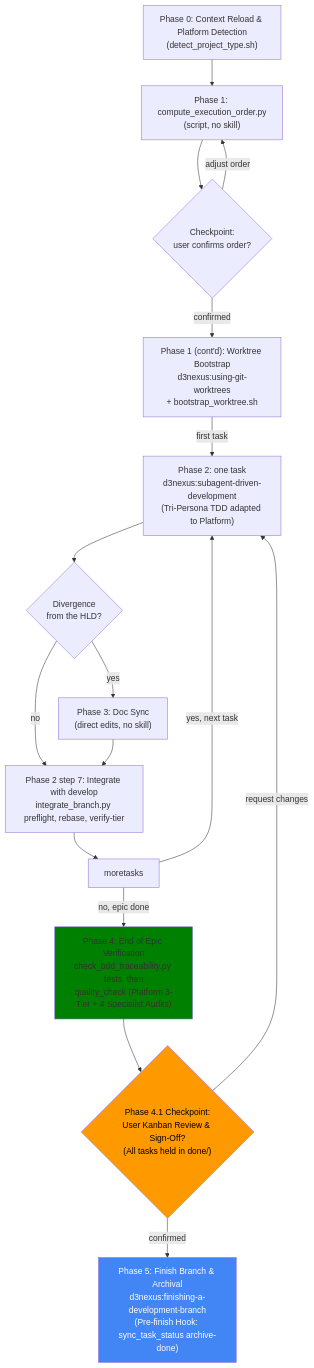
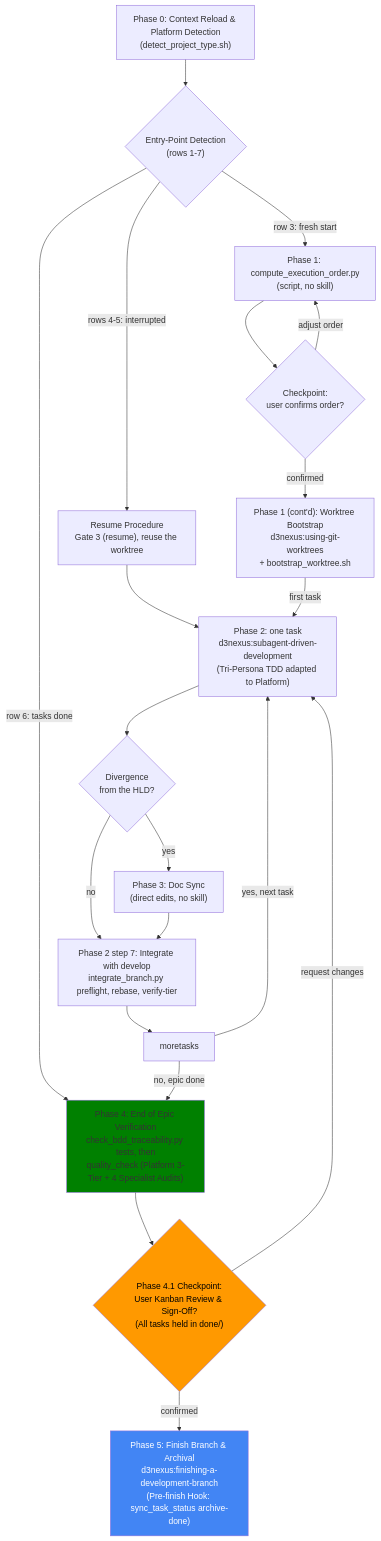
Before and after one commit to DanhDue/ai-agent-tools: the diagram in skills/dev-implementation/SKILL.md, drawn with Mermaid. The commit also changed other lines of this file and 1 other file, not shown here.

First line of the commit message:
[SKILLS] Add entry-point detection and resume to dev-implementation

````diff
--- a/skills/dev-implementation/SKILL.md
+++ b/skills/dev-implementation/SKILL.md
@@ -41,33 +42,39 @@
 ```mermaid
 flowchart TB
     phase0["Phase 0: Context Reload & Platform Detection\n(detect_project_type.sh)"]
+    entry{"Entry-Point Detection\n(rows 1-7)"}
+    resume["Resume Procedure\nGate 3 (resume), reuse the worktree"]
     phase1a["Phase 1: compute_execution_order.py\n(script, no skill)"]
     checkpoint{"Checkpoint:\nuser confirms order?"}
     phase1b["Phase 1 (cont'd): Worktree Bootstrap\nd3nexus:using-git-worktrees\n+ bootstrap_worktree.sh"]
     phase2["Phase 2: one task\nd3nexus:subagent-driven-development\n(Tri-Persona TDD adapted to Platform)"]
     diverged{"Divergence\nfrom the HLD?"}
     phase3["Phase 3: Doc Sync\n(direct edits, no skill)"]
     integrate["Phase 2 step 7: Integrate with develop\nintegrate_branch.py preflight, rebase, verify-tier"]
     phase4["Phase 4: End of Epic Verification\ncheck_bdd_traceability.py tests, then\nquality_check (Platform 3-Tier + 4 Specialist Audits)"]
     checkpoint4{"Phase 4.1 Checkpoint:\nUser Kanban Review & Sign-Off?\n(All tasks held in done/)"}
     phase5["Phase 5: Finish Branch & Archival\nd3nexus:finishing-a-development-branch\n(Pre-finish Hook: sync_task_status archive-done)"]
     style phase4 fill:green
     style checkpoint4 fill:#ff9900,color:#000
     style phase5 fill:#4285f4,color:#fff
 
-    phase0 --> phase1a
+    phase0 --> entry
+    entry -- "row 3: fresh start" --> phase1a
+    entry -- "rows 4-5: interrupted" --> resume
+    entry -- "row 6: tasks done" --> phase4
+    resume --> phase2
     phase1a --> checkpoint
     checkpoint -- "adjust order" --> phase1a
     checkpoint -- "confirmed" --> phase1b
     phase1b -- "first task" --> phase2
     phase2 --> diverged
     diverged -- "yes" --> phase3
     diverged -- "no" --> integrate
     phase3 --> integrate
     integrate --> moretasks
     moretasks -- "yes, next task" --> phase2
     moretasks -- "no, epic done" --> phase4
     phase4 --> checkpoint4
     checkpoint4 -- "request changes" --> phase2
     checkpoint4 -- "confirmed" --> phase5
 ```
````
